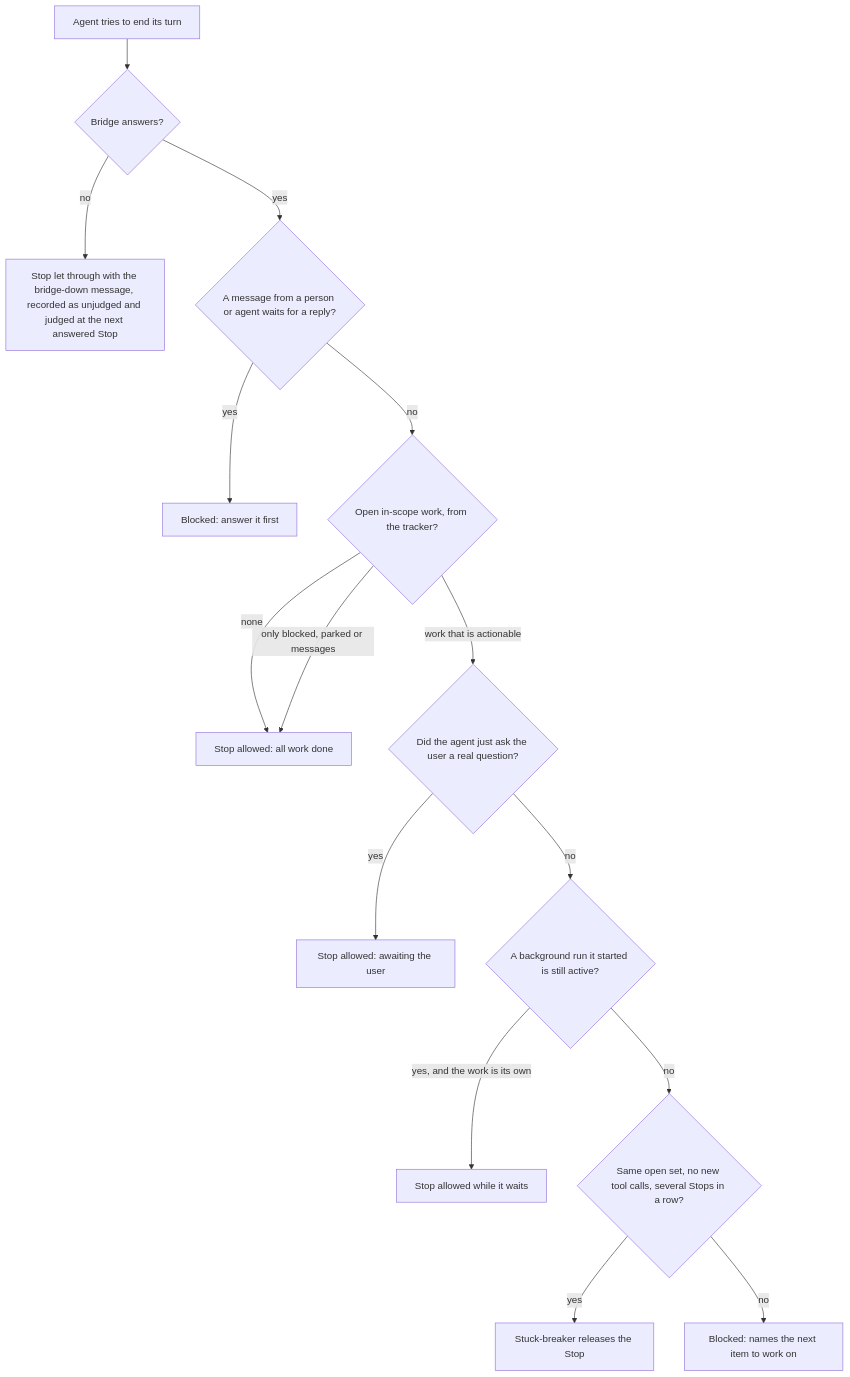
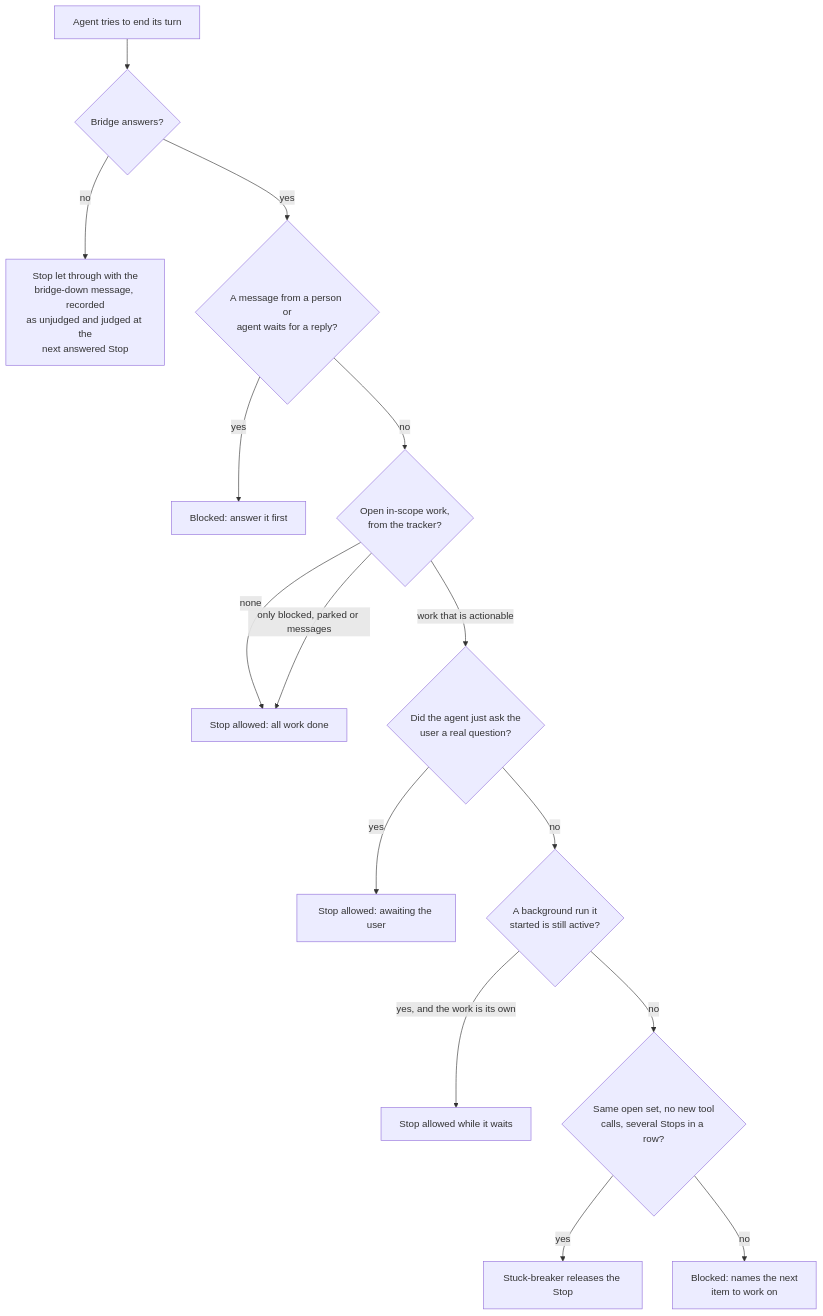
Before and after one commit to DogmaSolutions/Kyklos: the second of 2 diagrams in docs/HOOKS_AND_SKILLS.md, drawn with Mermaid. The commit also changed other lines of this file and 38 other files, not shown here.

````diff
--- a/docs/HOOKS_AND_SKILLS.md
+++ b/docs/HOOKS_AND_SKILLS.md
@@ -79,17 +79,17 @@
 ```mermaid
 flowchart TD
     S["Agent tries to end its turn"] --> B{"Bridge answers?"}
-    B -->|"no"| U["Stop let through with the bridge-down message, recorded as unjudged and judged at the next answered Stop"]
-    B -->|"yes"| M{"A message from a person or agent waits for a reply?"}
+    B -->|"no"| U["Stop let through with the<br/>bridge-down message, recorded<br/>as unjudged and judged at the<br/>next answered Stop"]
+    B -->|"yes"| M{"A message from a person or<br/>agent waits for a reply?"}
     M -->|"yes"| X1["Blocked: answer it first"]
-    M -->|"no"| W{"Open in-scope work, from the tracker?"}
+    M -->|"no"| W{"Open in-scope work,<br/>from the tracker?"}
     W -->|"none"| OK["Stop allowed: all work done"]
     W -->|"only blocked, parked or messages"| OK
-    W -->|"work that is actionable"| Q{"Did the agent just ask the user a real question?"}
+    W -->|"work that is actionable"| Q{"Did the agent just ask the<br/>user a real question?"}
     Q -->|"yes"| OK2["Stop allowed: awaiting the user"]
-    Q -->|"no"| R{"A background run it started is still active?"}
+    Q -->|"no"| R{"A background run it<br/>started is still active?"}
     R -->|"yes, and the work is its own"| OK3["Stop allowed while it waits"]
-    R -->|"no"| K{"Same open set, no new tool calls, several Stops in a row?"}
+    R -->|"no"| K{"Same open set, no new tool<br/>calls, several Stops in a row?"}
     K -->|"yes"| OK4["Stuck-breaker releases the Stop"]
-    K -->|"no"| X2["Blocked: names the next item to work on"]
+    K -->|"no"| X2["Blocked: names the next<br/>item to work on"]
 ```
````
